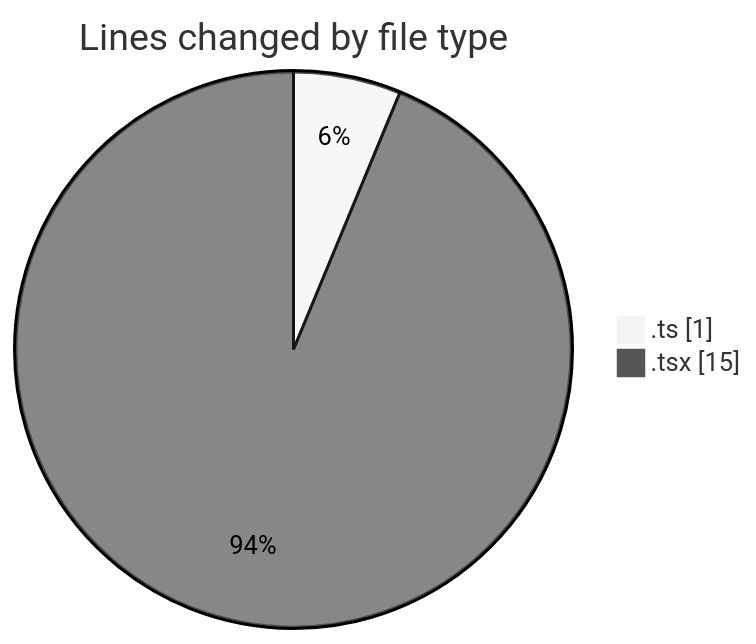
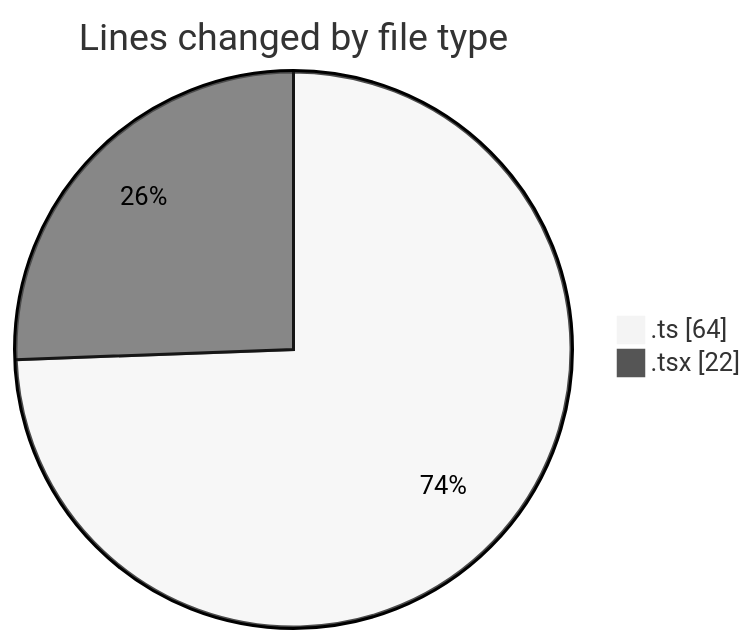
The first of 2 diagrams in 2025-01-23/mbc-web/README.md (robertbonfada/code-tracking), drawn with Mermaid (neutral theme) before and after one commit. The commit also changed other lines of this file and 1 other file, not shown here.

````diff
--- a/2025-01-23/mbc-web/README.md
+++ b/2025-01-23/mbc-web/README.md
@@ -24,6 +25,6 @@
 ```mermaid
 pie showData
 title Lines changed by file type
-".ts" : 1
-".tsx" : 15
+".ts" : 64
+".tsx" : 22
 ```
````
